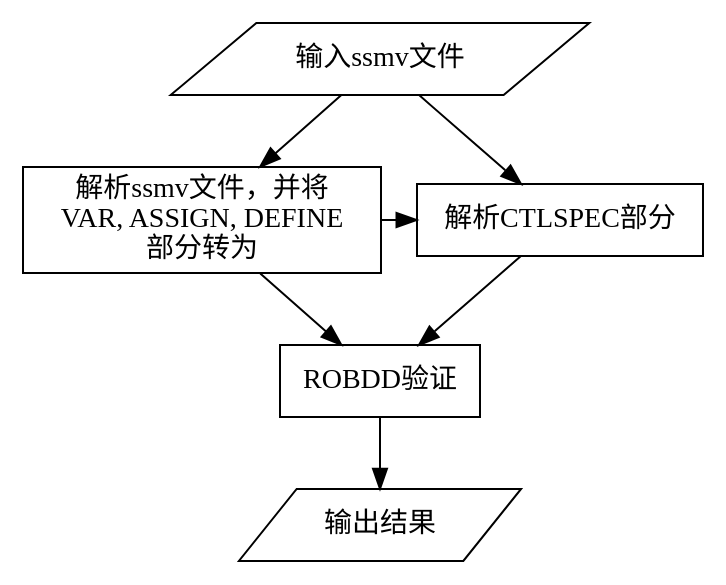
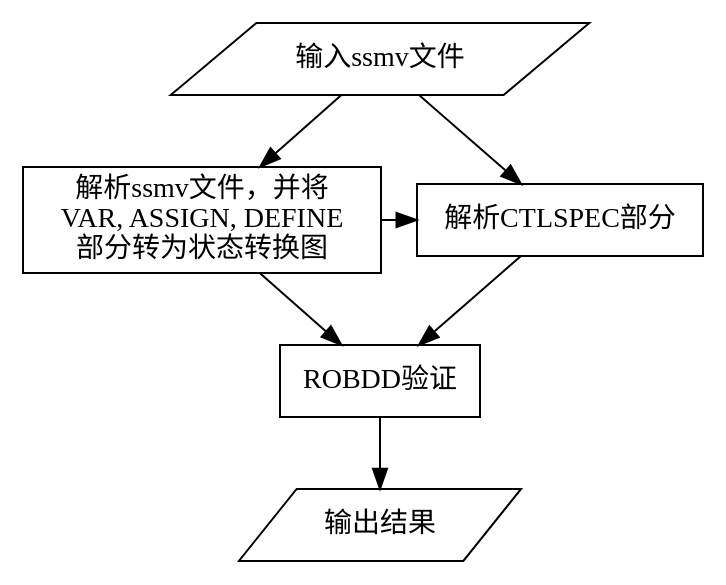
One commit to CelesyChen/Formal_Method changed the diagram in fig/start.dot. Above: the diagram before and after it, drawn with Graphviz. The commit also changed 4 other files, not shown here.

```diff
--- a/fig/start.dot
+++ b/fig/start.dot
@@ -1,14 +1,14 @@
 digraph main{
   rankdir="TD"
   start [label="输入ssmv文件", shape=parallelogram]
-  parse1 [label="解析ssmv文件，并将\nVAR, ASSIGN, DEFINE\n部分转为", shape=box]
+  parse1 [label="解析ssmv文件，并将\nVAR, ASSIGN, DEFINE\n部分转为状态转换图", shape=box]
   parse2 [label="解析CTLSPEC部分",shape=box]
   robdd [label="ROBDD验证", shape=box]
   end [label="输出结果", shape=parallelogram]
 
   {rank="same" parse1, parse2}
 
   start->{parse1;parse2}->robdd->end;
   parse1->parse2;
 
 }
```
